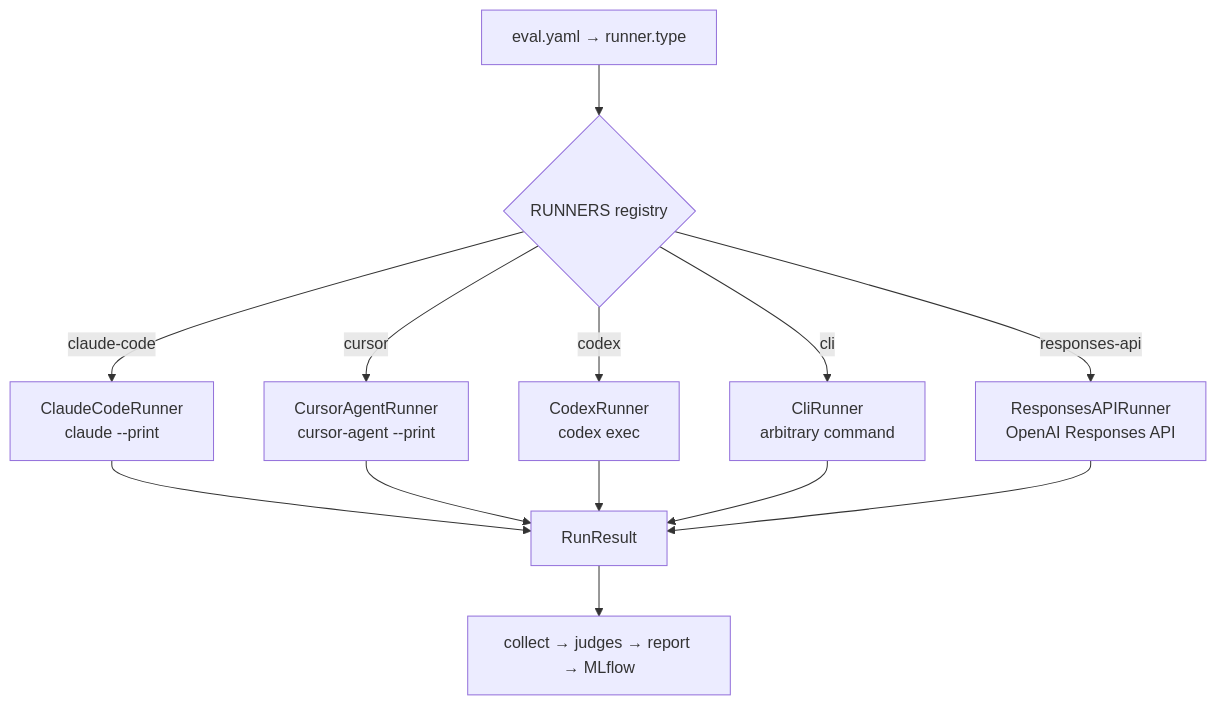
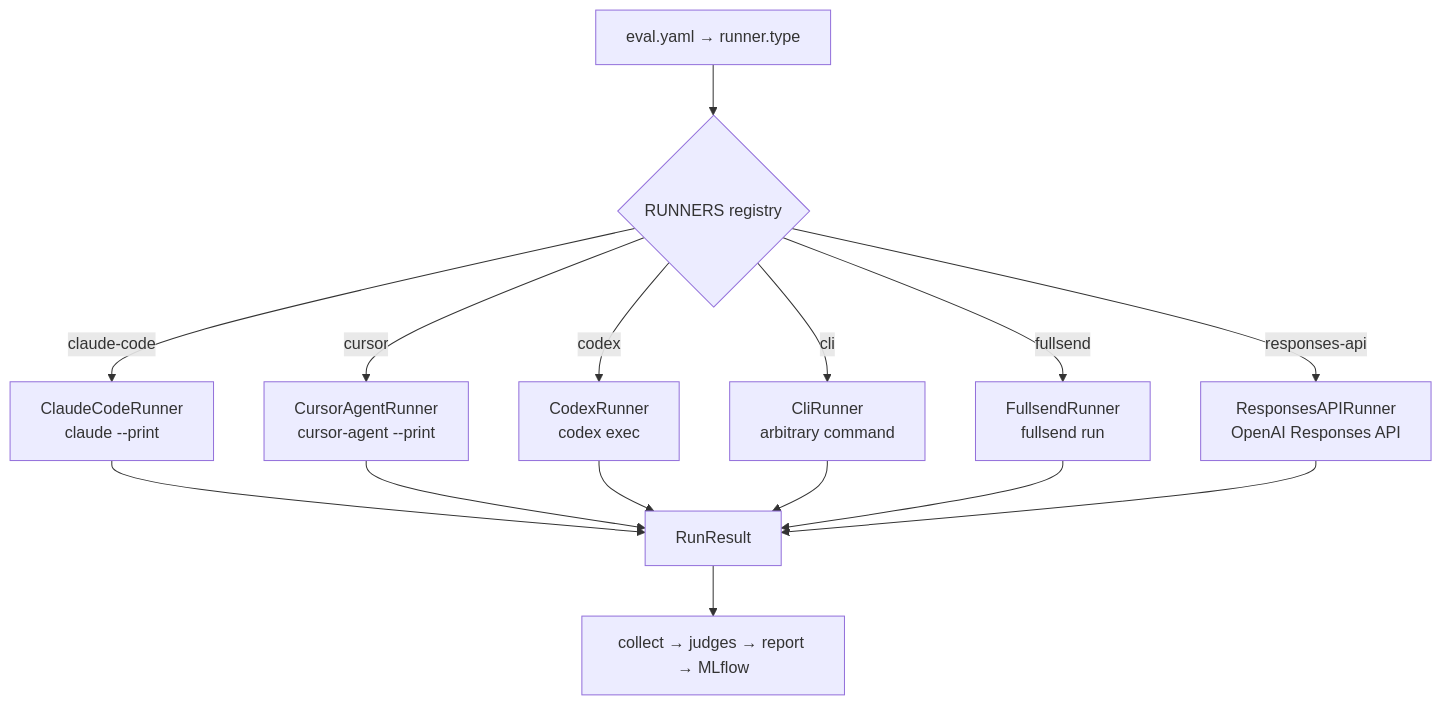
Before and after one commit to AIMikav/agent-eval-harness: the diagram in website/concepts/runners.md, drawn with Mermaid. The commit also changed other lines of this file and 35 other files, not shown here.

First line of the commit message:
feat(runner): execute the skill under test through fullsend run (#263)

````diff
--- a/website/concepts/runners.md
+++ b/website/concepts/runners.md
@@ -27,15 +27,17 @@
 ```mermaid
 flowchart TD
     C["eval.yaml → runner.type"] --> R{RUNNERS registry}
     R -->|claude-code| CC["ClaudeCodeRunner<br/>claude --print"]
     R -->|cursor| CU["CursorAgentRunner<br/>cursor-agent --print"]
     R -->|codex| CX["CodexRunner<br/>codex exec"]
     R -->|cli| CLI["CliRunner<br/>arbitrary command"]
+    R -->|fullsend| FS["FullsendRunner<br/>fullsend run"]
     R -->|responses-api| RA["ResponsesAPIRunner<br/>OpenAI Responses API"]
     CC --> RR["RunResult"]
     CU --> RR
     CX --> RR
     CLI --> RR
+    FS --> RR
     RA --> RR
     RR --> S["collect → judges → report → MLflow"]
 ```
````
